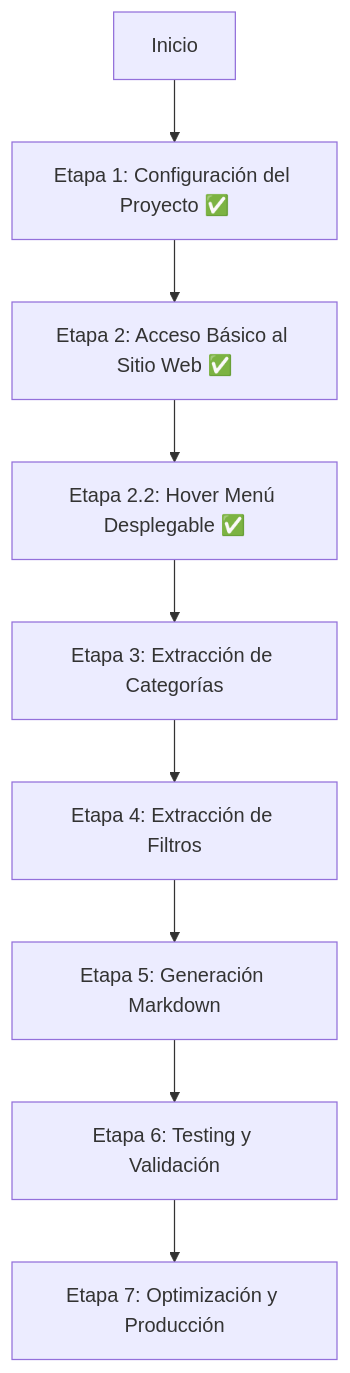
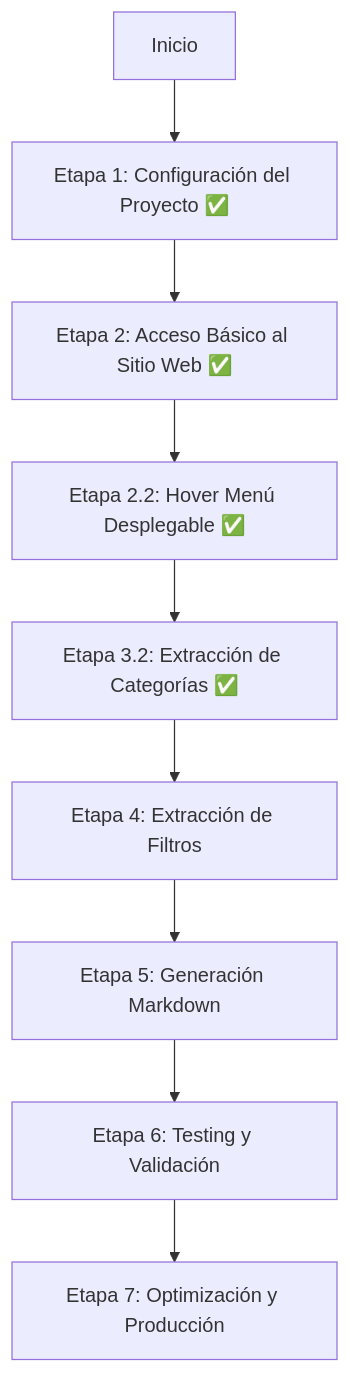
One commit to Jumadominguez/scrapersTemp changed the diagram in docs/especificacion-script-extraccion.md. Above: the diagram before and after it, drawn with Mermaid. The commit also changed other lines of this file and 26 other files, not shown here.

````diff
--- a/docs/especificacion-script-extraccion.md
+++ b/docs/especificacion-script-extraccion.md
@@ -28,11 +29,11 @@
 ```mermaid
 graph TD
     A[Inicio] --> B[Etapa 1: Configuración del Proyecto ✅]
     B --> C[Etapa 2: Acceso Básico al Sitio Web ✅]
     C --> D[Etapa 2.2: Hover Menú Desplegable ✅]
-    D --> E[Etapa 3: Extracción de Categorías]
+    D --> E[Etapa 3.2: Extracción de Categorías ✅]
     E --> F[Etapa 4: Extracción de Filtros]
     F --> G[Etapa 5: Generación Markdown]
     G --> H[Etapa 6: Testing y Validación]
     H --> I[Etapa 7: Optimización y Producción]
 ```
````
